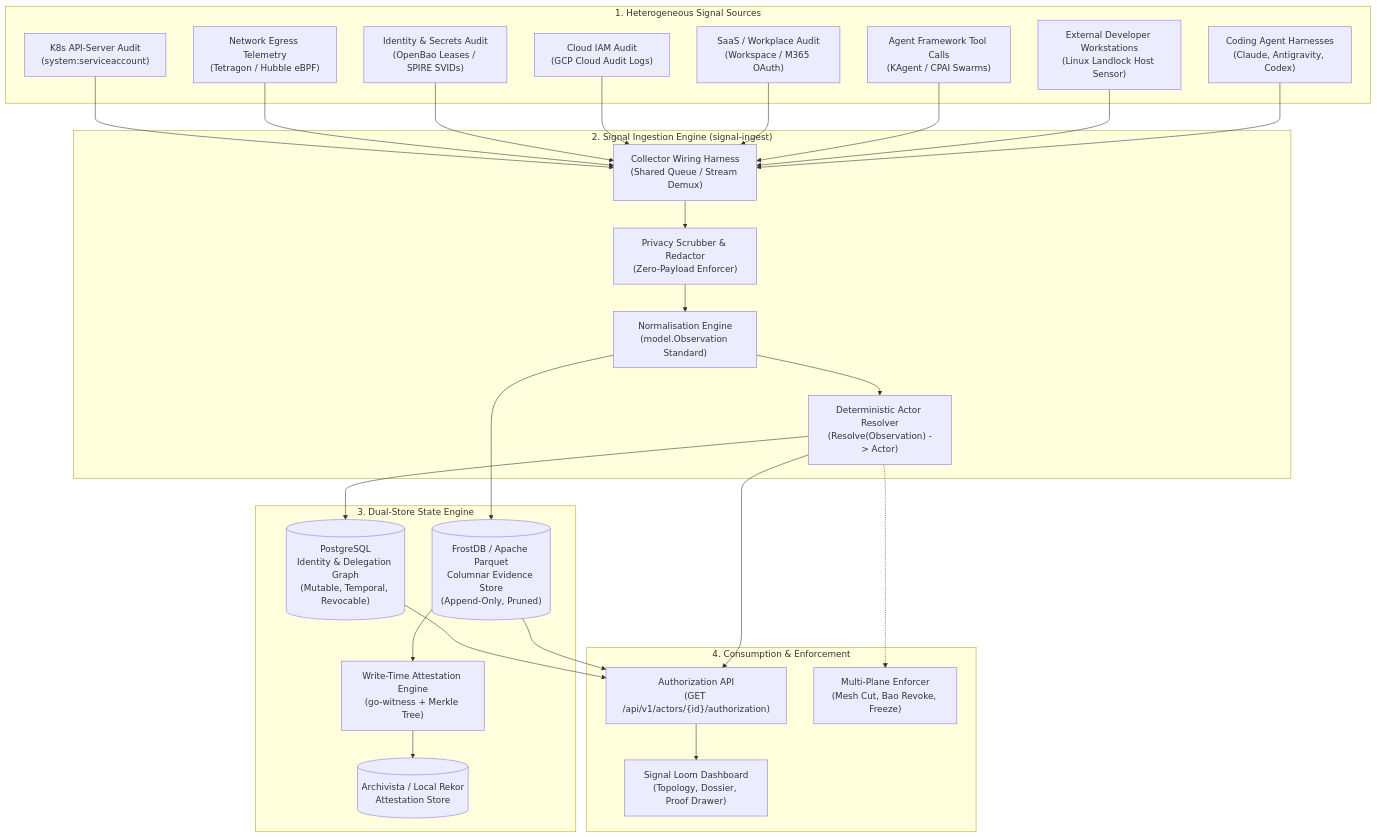
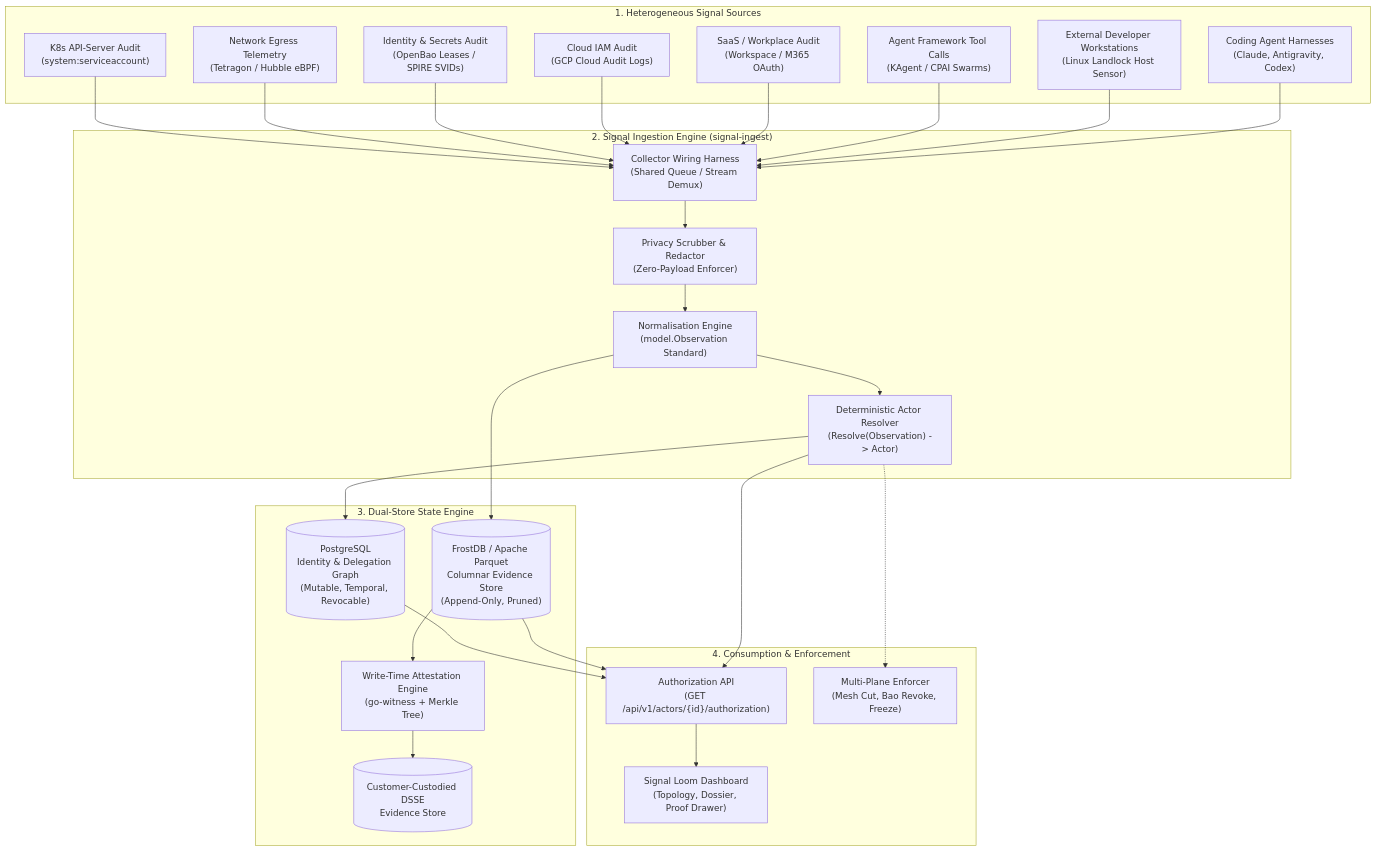
The first of 3 diagrams in docs/Signal Fusion — Architecture and GDPR Reference.md (sublimino/architecture-as-code), drawn with Mermaid before and after one commit. The commit also changed other lines of this file and 45 other files, not shown here.

Commit message:
docs: reconcile proposal cross-references, architecture flows, and evidence metadata

````diff
--- a/docs/Signal Fusion — Architecture and GDPR Reference.md
+++ b/docs/Signal Fusion — Architecture and GDPR Reference.md
@@ -71,63 +71,63 @@
 ```mermaid
 flowchart TD
   subgraph Sources["1. Heterogeneous Signal Sources"]
     K8S["K8s API-Server Audit
 (system:serviceaccount)"]
     EBPF["Network Egress Telemetry
 (Tetragon / Hubble eBPF)"]
     BAO["Identity & Secrets Audit
 (OpenBao Leases / SPIRE SVIDs)"]
     GCP["Cloud IAM Audit
 (GCP Cloud Audit Logs)"]
     SAAS["SaaS / Workplace Audit
 (Workspace / M365 OAuth)"]
     SWARM["Agent Framework Tool Calls
 (KAgent / CPAI Swarms)"]
     HOST["External Developer Workstations
 (Linux Landlock Host Sensor)"]
     HARN["Coding Agent Harnesses
 (Claude, Antigravity, Codex)"]
   end
 
   subgraph Ingest["2. Signal Ingestion Engine (signal-ingest)"]
     WIRE["Collector Wiring Harness
 (Shared Queue / Stream Demux)"]
     SCRUB["Privacy Scrubber & Redactor
 (Zero-Payload Enforcer)"]
     NORM["Normalisation Engine
 (model.Observation Standard)"]
     RESOLVE["Deterministic Actor Resolver
 (Resolve(Observation) -> Actor)"]
   end
 
   subgraph Storage["3. Dual-Store State Engine"]
     GRAPH[("PostgreSQL
 Identity & Delegation Graph
 (Mutable, Temporal, Revocable)")]
     COLUMN[("FrostDB / Apache Parquet
 Columnar Evidence Store
 (Append-Only, Pruned)")]
     ATTEST["Write-Time Attestation Engine
 (go-witness + Merkle Tree)"]
-    ARCH[("Archivista / Local Rekor
-Attestation Store")]
+    ARCH[("Customer-Custodied DSSE
+Evidence Store")]
   end
 
   subgraph Surfaces["4. Consumption & Enforcement"]
     API["Authorization API
 (GET /api/v1/actors/{id}/authorization)"]
     DASH["Signal Loom Dashboard
 (Topology, Dossier, Proof Drawer)"]
     KILL["Multi-Plane Enforcer
 (Mesh Cut, Bao Revoke, Freeze)"]
   end
 
   K8S & EBPF & BAO & GCP & SAAS & SWARM --> WIRE
   HOST & HARN --> WIRE
   WIRE --> SCRUB --> NORM --> RESOLVE
   RESOLVE --> GRAPH
   NORM --> COLUMN --> ATTEST --> ARCH
   RESOLVE & GRAPH & COLUMN --> API
   API --> DASH
   RESOLVE -.-> KILL
 ```
````
